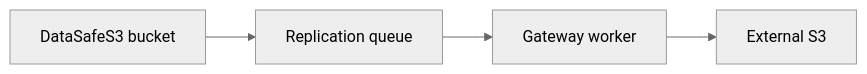
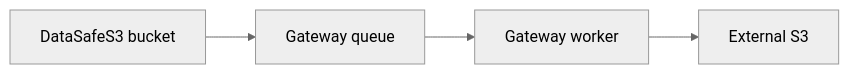
One commit to DirektorBani/DataSafeS3 changed the first of 3 diagrams in docs/administrator-guide/en/replication.md. Above: the diagram before and after it, drawn with Mermaid (neutral theme). The commit also changed other lines of this file and 225 other files, not shown here.

````diff
--- a/docs/administrator-guide/en/replication.md
+++ b/docs/administrator-guide/en/replication.md
@@ -11,8 +19,8 @@
 ```mermaid
 flowchart LR
   ds[DataSafeS3 bucket]
-  q[Replication queue]
+  q[Gateway queue]
   gw[Gateway worker]
   ext[External S3]
   ds --> q --> gw --> ext
 ```
````
